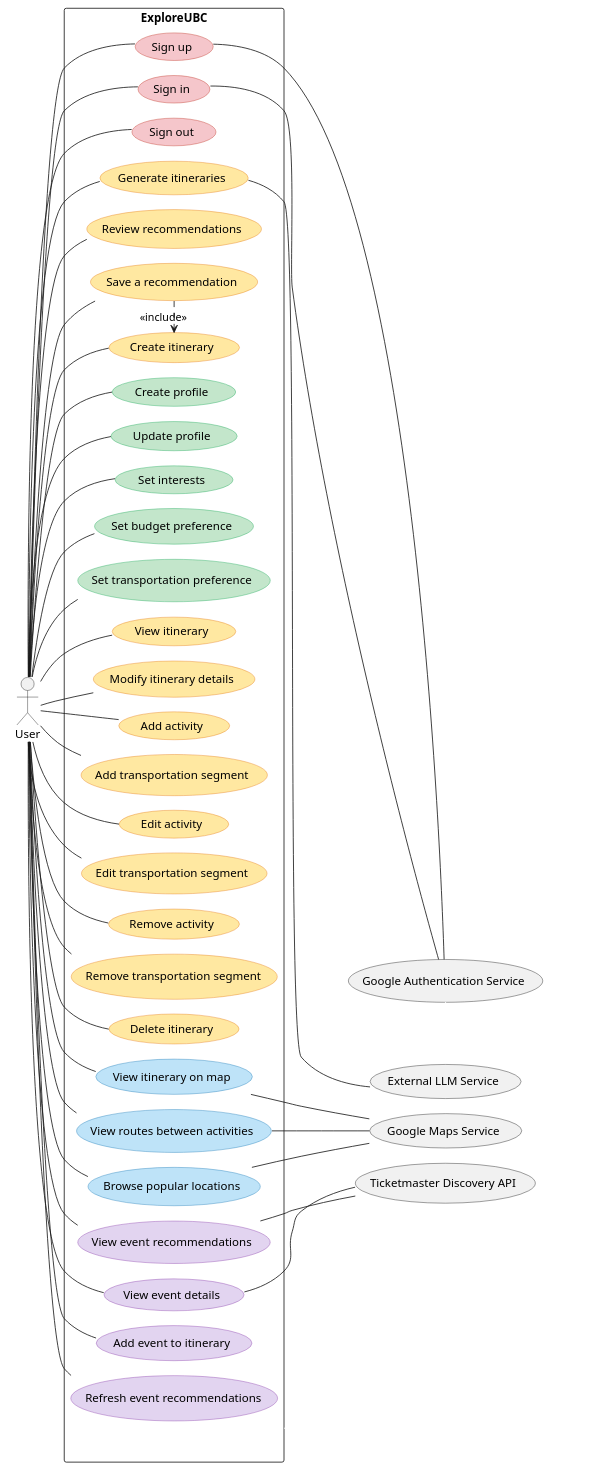
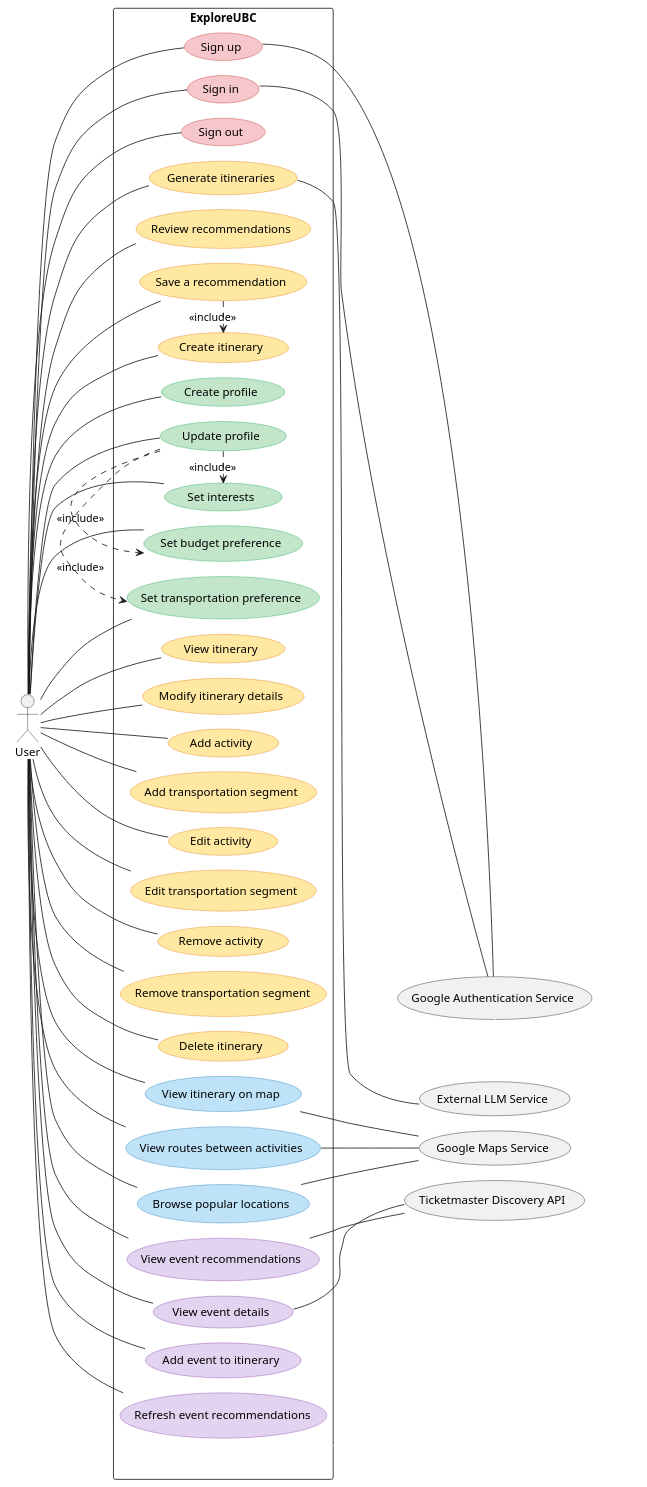
One commit to islamhampriv/ExploreUBC changed the diagram in documentation/images/Usecase_diagram_recreated.puml. Above: the diagram before and after it, drawn with PlantUML. The commit also changed 9 other files, not shown here.

```diff
--- a/documentation/images/Usecase_diagram_recreated.puml
+++ b/documentation/images/Usecase_diagram_recreated.puml
@@ -1,119 +1,122 @@
-@startuml Usecase_diagram_user
+@startuml Usecase_diagram_recreated
 !pragma layout smetana
 left to right direction
 skinparam packageStyle rectangle
 skinparam ranksep 150
 skinparam nodesep 20
 hide stereotype
 
 skinparam rectangle {
   BorderColor<<invis>> Transparent
   BackgroundColor<<invis>> Transparent
   ShadowColor<<invis>> Transparent
   FontColor<<invis>> Transparent
 }
 
 skinparam usecase {
   BackgroundColor<<auth>> #F5C6CB
   BorderColor<<auth>> #C0392B
   BackgroundColor<<profile>> #C3E6CB
   BorderColor<<profile>> #27AE60
   BackgroundColor<<itinerary>> #FFE8A1
   BorderColor<<itinerary>> #E67E22
   BackgroundColor<<maps>> #BEE3F8
   BorderColor<<maps>> #2980B9
   BackgroundColor<<event>> #E2D4F0
   BorderColor<<event>> #8E44AD
 }
 
 rectangle " " as ActorsBox <<invis>> {
   actor "User" as Traveller
 }
 
 rectangle "ExploreUBC" as SystemBox {
   usecase "Sign up" as UC1 <<auth>>
   usecase "Sign in" as UC2 <<auth>>
   usecase "Sign out" as UC3 <<auth>>
 
   usecase "Generate itineraries" as UC14 <<itinerary>>
   usecase "Review recommendations" as UC19 <<itinerary>>
   usecase "Save a recommendation" as UC20 <<itinerary>>
   usecase "Create itinerary" as UC9 <<itinerary>>
 
   usecase "Create profile" as UC5 <<profile>>
   usecase "Update profile" as UC27 <<profile>>
   usecase "Set interests" as UC6 <<profile>>
   usecase "Set budget preference" as UC7 <<profile>>
   usecase "Set transportation preference" as UC8 <<profile>>
 
   usecase "View itinerary" as UC10 <<itinerary>>
   usecase "Modify itinerary details" as UC21 <<itinerary>>
   usecase "Add activity" as UC11 <<itinerary>>
   usecase "Add transportation segment" as UC29 <<itinerary>>
   usecase "Edit activity" as UC12 <<itinerary>>
   usecase "Edit transportation segment" as UC30 <<itinerary>>
   usecase "Remove activity" as UC13 <<itinerary>>
   usecase "Remove transportation segment" as UC31 <<itinerary>>
   usecase "Delete itinerary" as UC23 <<itinerary>>
 
   usecase "View itinerary on map" as UC15 <<maps>>
   usecase "View routes between activities" as UC16 <<maps>>
   usecase "Browse popular locations" as UC28 <<maps>>
 
   usecase "View event recommendations" as UC18 <<event>>
   usecase "View event details" as UC24 <<event>>
   usecase "Add event to itinerary" as UC25 <<event>>
   usecase "Refresh event recommendations" as UC26 <<event>>
 }
 
 rectangle " " as ExternalBox <<invis>> {
   rectangle "External services horizontal spacing placeholder" as ExternalPad <<invis>>
   usecase "Google Authentication Service" as ExtAuth
   usecase "External LLM Service" as AIService
   usecase "Google Maps Service" as GoogleMaps
   usecase "Ticketmaster Discovery API" as EventService
 
   ExternalPad -[#FFFFFF]right-> ExtAuth
 }
 
 Traveller -- UC1
 Traveller -- UC2
 Traveller -- UC3
 Traveller -- UC5
 Traveller -- UC27
 Traveller -- UC6
 Traveller -- UC7
 Traveller -- UC8
 Traveller -- UC9
 Traveller -- UC10
 Traveller -- UC19
 Traveller -- UC20
 Traveller -- UC21
 Traveller -- UC11
 Traveller -- UC29
 Traveller -- UC12
 Traveller -- UC30
 Traveller -- UC13
 Traveller -- UC31
 Traveller -- UC23
 Traveller -- UC15
 Traveller -- UC16
 Traveller -- UC28
 Traveller -- UC18
 Traveller -- UC24
 Traveller -- UC25
 Traveller -- UC26
 
 Traveller -- UC14
 UC9 <.left. UC20 : <<include>>
+UC27 .> UC6 : <<include>>
+UC27 .> UC7 : <<include>>
+UC27 .> UC8 : <<include>>
 SystemBox -[#FFFFFF]right-> ExternalBox
 
 UC1 -[norank]- ExtAuth
 UC2 -[norank]- ExtAuth
 UC14 -[norank]- AIService
 UC15 -[norank]- GoogleMaps
 UC16 -[norank]- GoogleMaps
 UC28 -[norank]- GoogleMaps
 UC18 -[norank]- EventService
 UC24 -[norank]- EventService
 @enduml
```
